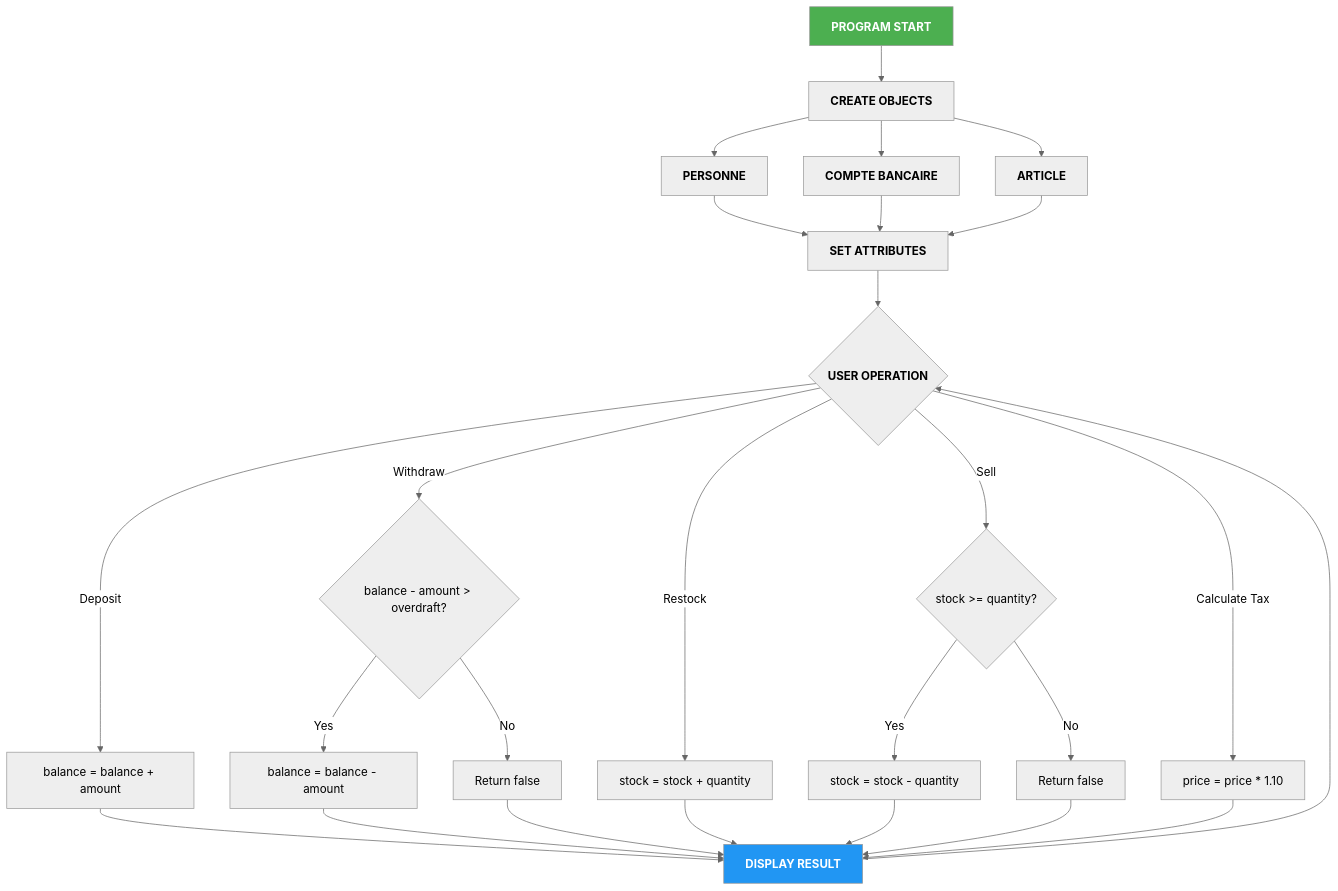
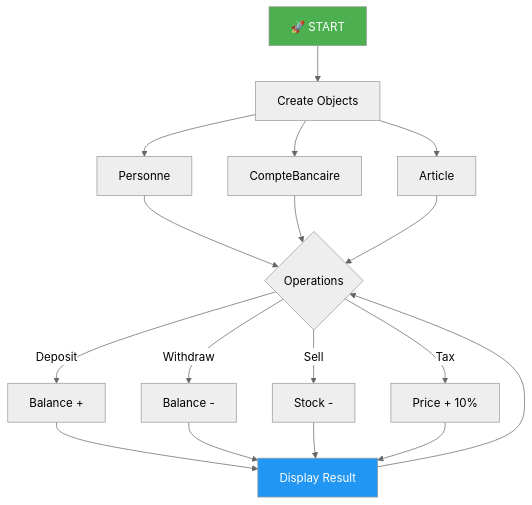
Before and after one commit to Lagmouchyoussef/java-oop-bank-store---Simple-and-descriptive: the fifth of 6 diagrams in README.md, drawn with Mermaid (neutral theme). The commit also changed other lines of this file, not shown here.

Commit message:
docs: Professional README with enhanced decorations, icons and mermaid diagrams

````diff
--- a/README.md
+++ b/README.md
@@ -415,39 +312,27 @@
 ```mermaid
 flowchart TD
-    A[<b>PROGRAM START</b>] --> B[<b>CREATE OBJECTS</b>]
+    A[🚀 START] --> B[Create Objects]
     
-    B --> C[<b>PERSONNE</b>]
-    B --> D[<b>COMPTE BANCAIRE</b>]
-    B --> E[<b>ARTICLE</b>]
+    B --> C[Personne]
+    B --> D[CompteBancaire]
+    B --> E[Article]
     
-    C --> F[<b>SET ATTRIBUTES</b>]
+    C --> F{Operations}
     D --> F
     E --> F
     
-    F --> G{<b>USER OPERATION</b>}
+    F -->|Deposit| G[Balance +]
+    F -->|Withdraw| H[Balance -]
+    F -->|Sell| I[Stock -]
+    F -->|Tax| J[Price + 10%]
     
-    G -->|Deposit| H[balance = balance + amount]
-    G -->|Withdraw| I{balance - amount > overdraft?}
-    I -->|Yes| J[balance = balance - amount]
-    I -->|No| K[Return false]
+    G --> K[Display Result]
+    H --> K
+    I --> K
+    J --> K
     
-    G -->|Restock| L[stock = stock + quantity]
-    G -->|Sell| M{stock >= quantity?}
-    M -->|Yes| N[stock = stock - quantity]
-    M -->|No| O[Return false]
-    
-    G -->|Calculate Tax| P[price = price * 1.10]
-    
-    H --> Q[<b>DISPLAY RESULT</b>]
-    J --> Q
-    K --> Q
-    L --> Q
-    N --> Q
-    O --> Q
-    P --> Q
-    
-    Q --> G
+    K --> F
     
     style A fill:#4CAF50,color:#fff
-    style Q fill:#2196F3,color:#fff
+    style K fill:#2196F3,color:#fff
 ```
````
